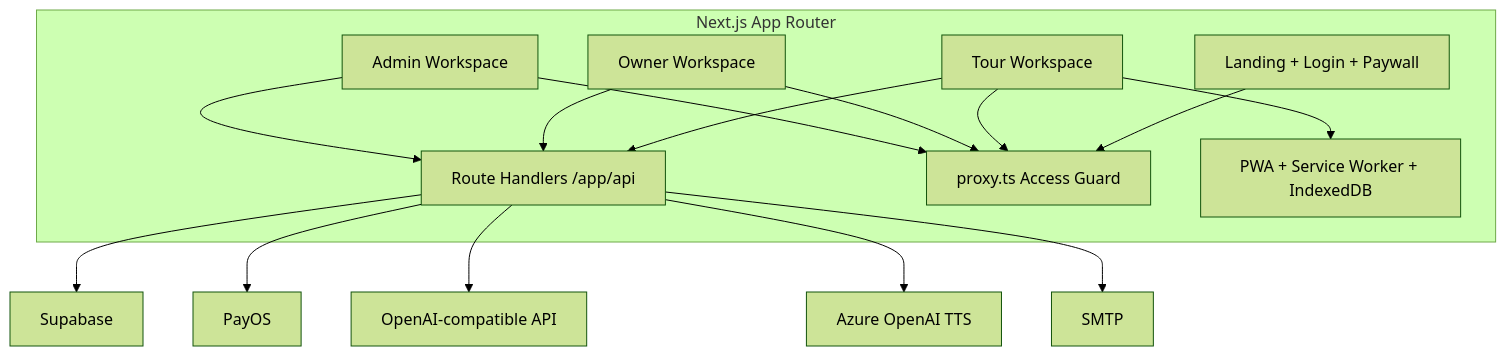
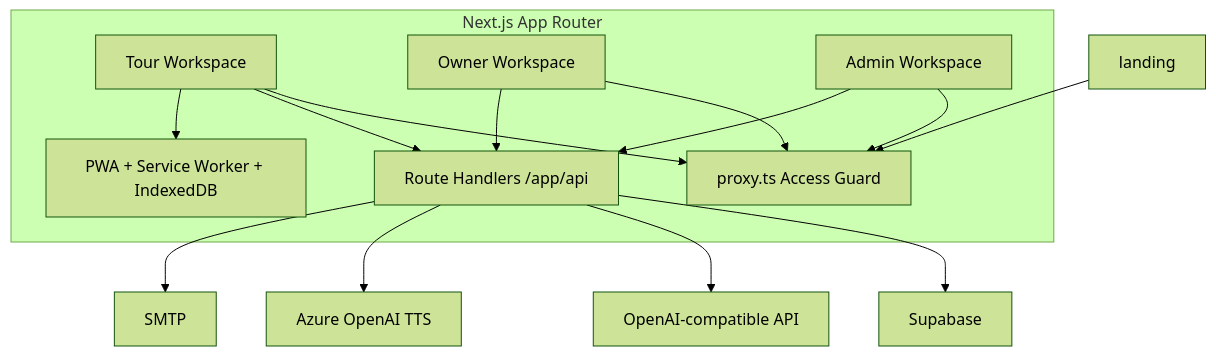
One commit to zaikaman/FlavorQuest changed the second of 6 diagrams in docs/seminar-diagrams.md. Above: the diagram before and after it, drawn with Mermaid (forest theme). The commit also changed other lines of this file and 38 other files, not shown here.

````diff
--- a/docs/seminar-diagrams.md
+++ b/docs/seminar-diagrams.md
@@ -22,28 +21,26 @@
 ```mermaid
 flowchart TB
   subgraph Frontend["Next.js App Router"]
-    landing["Landing + Login + Paywall"]
     customer["Tour Workspace"]
     owner["Owner Workspace"]
     admin["Admin Workspace"]
     api["Route Handlers /app/api"]
     guard["proxy.ts Access Guard"]
     pwa["PWA + Service Worker + IndexedDB"]
   end
 
   landing --> guard
   customer --> guard
   owner --> guard
   admin --> guard
 
   customer --> api
   owner --> api
   admin --> api
   customer --> pwa
 
   api --> supabase["Supabase"]
-  api --> payos["PayOS"]
   api --> llm["OpenAI-compatible API"]
   api --> azure["Azure OpenAI TTS"]
   api --> mail["SMTP"]
 ```
````
